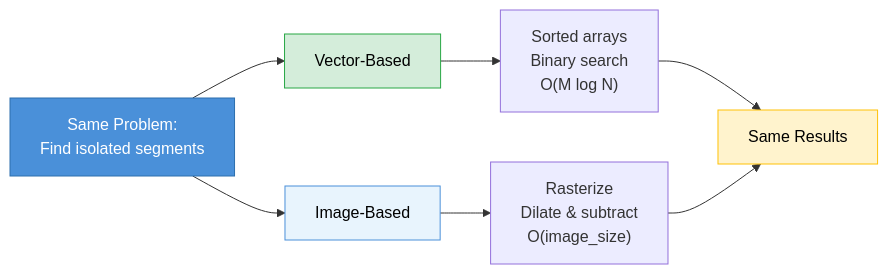
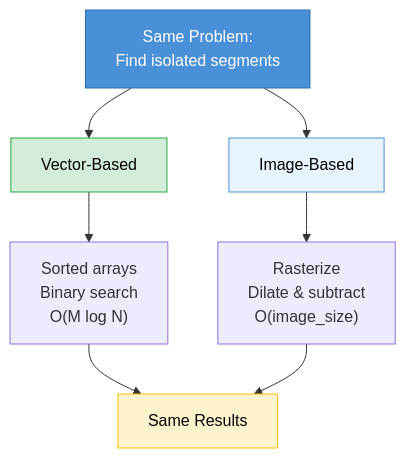
The diagram in _posts/2026-03-30-vectors-vs-pixels-geometric-search.md (xiaosi0517/xiaosi0517.github.io), drawn with Mermaid before and after one commit. The commit also changed other lines of this file and 1 other file, not shown here.

Commit message:
Fix flowcharts to vertical layout and add spacing after tables
Made-with: Cursor

````diff
--- a/_posts/2026-03-30-vectors-vs-pixels-geometric-search.md
+++ b/_posts/2026-03-30-vectors-vs-pixels-geometric-search.md
@@ -135,16 +137,16 @@
 ```mermaid
-graph LR
+graph TD
     A["Same Problem:<br/>Find isolated segments"] --> B["Vector-Based"]
     A --> C["Image-Based"]
     
     B --> B1["Sorted arrays<br/>Binary search<br/>O(M log N)"]
     C --> C1["Rasterize<br/>Dilate & subtract<br/>O(image_size)"]
     
     B1 --> D["Same Results"]
     C1 --> D
     
     style A fill:#4a90d9,stroke:#2c6fad,color:#fff
     style B fill:#d4edda,stroke:#28a745,color:#000
     style C fill:#e8f4fd,stroke:#4a90d9,color:#000
     style D fill:#fff3cd,stroke:#ffc107,color:#000
 ```
````
